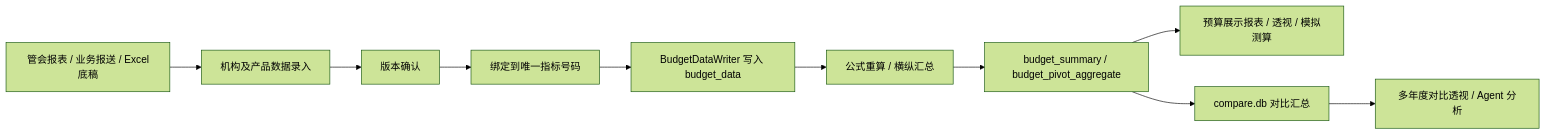
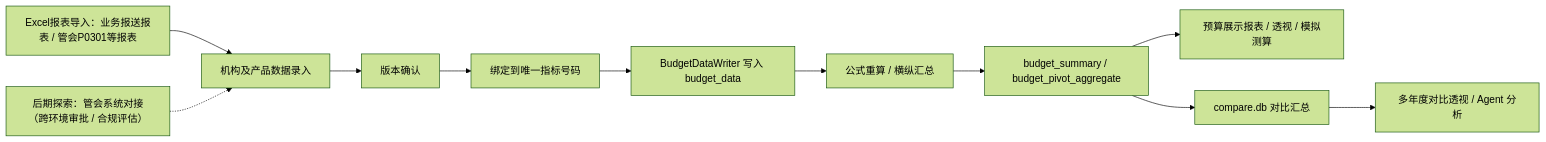
One commit to wuzhideren5-glitch/banking-budget-system-demo changed the third of 10 diagrams in docs/superpowers/specs/2026-06-12-business-framework-layered-design.md. Above: the diagram before and after it, drawn with Mermaid (forest theme). The commit also changed other lines of this file and 1 other file, not shown here.

````diff
--- a/docs/superpowers/specs/2026-06-12-business-framework-layered-design.md
+++ b/docs/superpowers/specs/2026-06-12-business-framework-layered-design.md
@@ -132,12 +133,13 @@
 ```mermaid
 flowchart LR
-  X1["管会报表 / 业务报送 / Excel底稿"] --> X2["机构及产品数据录入"]
+  X1["Excel报表导入：业务报送报表 / 管会P0301等报表"] --> X2["机构及产品数据录入"]
+  X0["后期探索：管会系统对接（跨环境审批 / 合规评估）"] -.-> X2
   X2 --> X3["版本确认"]
   X3 --> X4["绑定到唯一指标号码"]
   X4 --> X5["BudgetDataWriter 写入 budget_data"]
   X5 --> X6["公式重算 / 横纵汇总"]
   X6 --> X7["budget_summary / budget_pivot_aggregate"]
   X7 --> X8["预算展示报表 / 透视 / 模拟测算"]
   X7 --> X9["compare.db 对比汇总"]
   X9 --> X10["多年度对比透视 / Agent 分析"]
 ```
````
